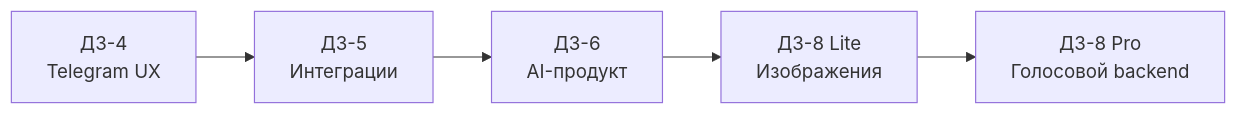
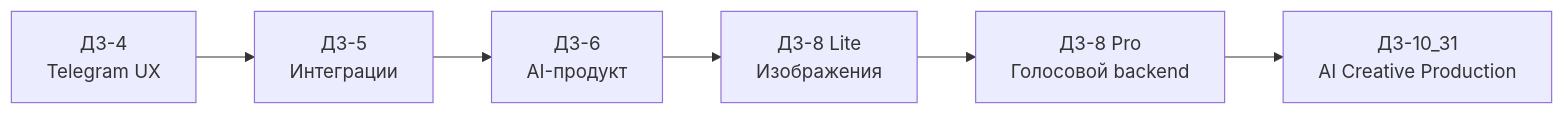
One commit to VictorKVS/Vibe-coding changed the diagram in submissions/README.md. Above: the diagram before and after it, drawn with Mermaid. The commit also changed other lines of this file, not shown here.

Commit message:
docs(submissions): add DZ-10 variant 31

````diff
--- a/submissions/README.md
+++ b/submissions/README.md
@@ -15,7 +16,8 @@
 ```mermaid
 flowchart LR
     D4["ДЗ-4<br/>Telegram UX"] --> D5["ДЗ-5<br/>Интеграции"]
     D5 --> D6["ДЗ-6<br/>AI-продукт"]
     D6 --> D8L["ДЗ-8 Lite<br/>Изображения"]
     D8L --> D8P["ДЗ-8 Pro<br/>Голосовой backend"]
+    D8P --> D10["ДЗ-10_31<br/>AI Creative Production"]
 ```
````
